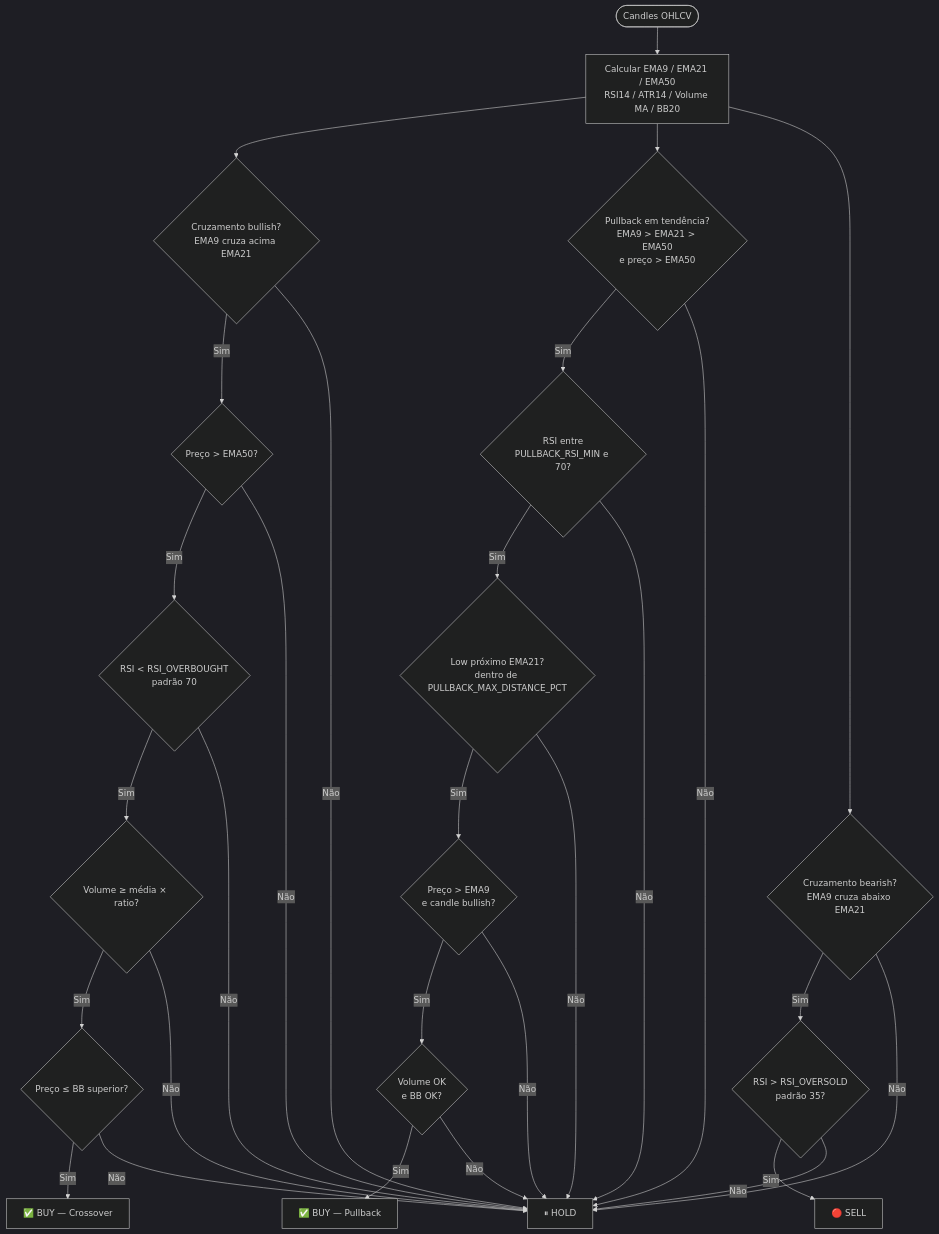
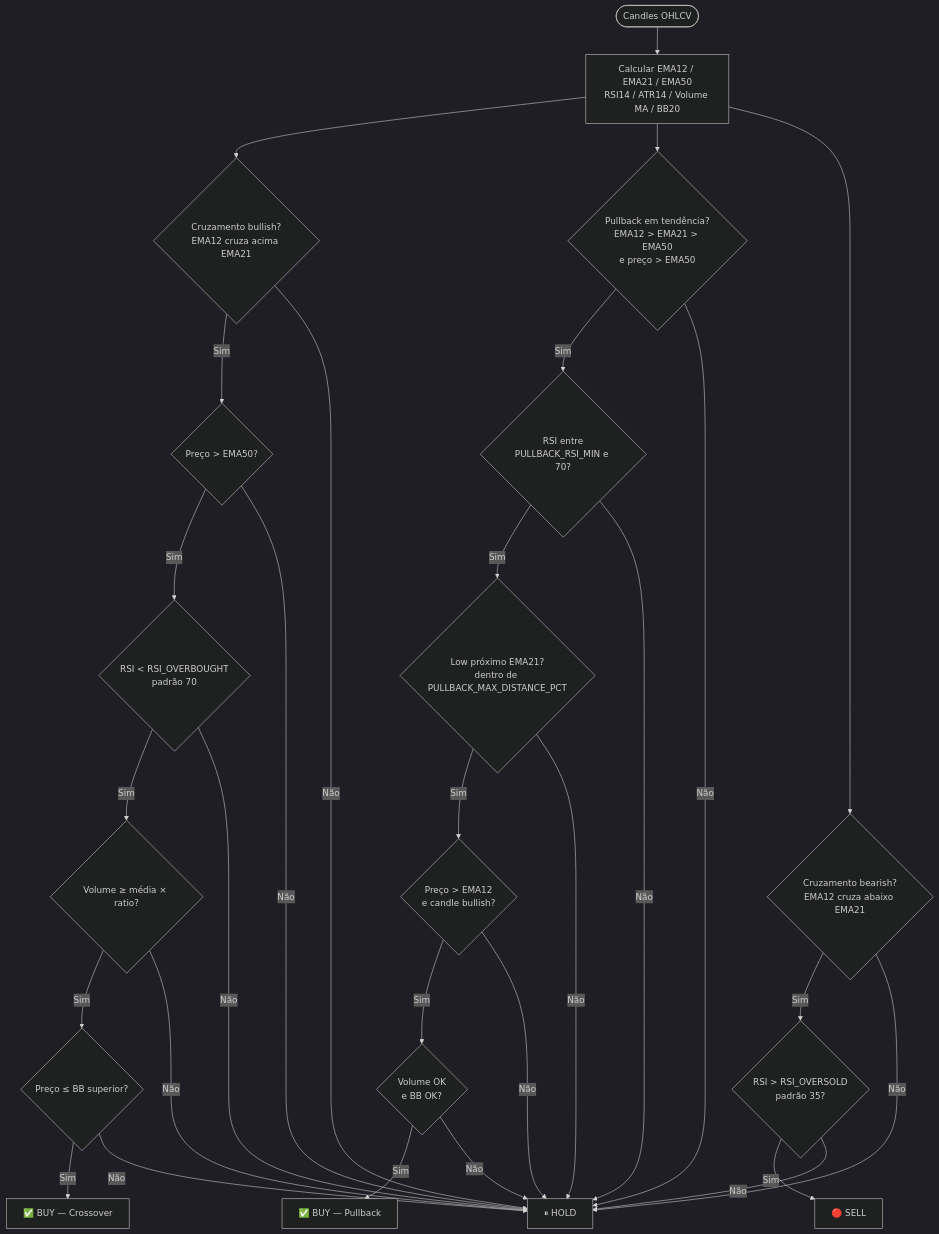
Before and after one commit to fisaarpelesjo/nautilus: the third of 4 diagrams in README.md, drawn with Mermaid (dark theme). The commit also changed other lines of this file and 2 other files, not shown here.

````diff
--- a/README.md
+++ b/README.md
@@ -107,35 +108,35 @@
 ```mermaid
 flowchart TD
-    A([Candles OHLCV]) --> B[Calcular EMA9 / EMA21 / EMA50\nRSI14 / ATR14 / Volume MA / BB20]
+    A([Candles OHLCV]) --> B[Calcular EMA12 / EMA21 / EMA50\nRSI14 / ATR14 / Volume MA / BB20]
 
-    B --> C{Cruzamento bullish?\nEMA9 cruza acima EMA21}
+    B --> C{Cruzamento bullish?\nEMA12 cruza acima EMA21}
     C -->|Sim| D{Preço > EMA50?}
     D -->|Sim| E{RSI < RSI_OVERBOUGHT\npadrão 70}
     E -->|Sim| F{Volume ≥ média × ratio?}
     F -->|Sim| G{Preço ≤ BB superior?}
     G -->|Sim| H[✅ BUY — Crossover]
 
-    B --> I{Pullback em tendência?\nEMA9 > EMA21 > EMA50\ne preço > EMA50}
+    B --> I{Pullback em tendência?\nEMA12 > EMA21 > EMA50\ne preço > EMA50}
     I -->|Sim| J{RSI entre\nPULLBACK_RSI_MIN e 70?}
     J -->|Sim| K{Low próximo EMA21?\ndentro de PULLBACK_MAX_DISTANCE_PCT}
-    K -->|Sim| L{Preço > EMA9\ne candle bullish?}
+    K -->|Sim| L{Preço > EMA12\ne candle bullish?}
     L -->|Sim| M{Volume OK\ne BB OK?}
     M -->|Sim| N[✅ BUY — Pullback]
 
-    B --> O{Cruzamento bearish?\nEMA9 cruza abaixo EMA21}
+    B --> O{Cruzamento bearish?\nEMA12 cruza abaixo EMA21}
     O -->|Sim| P{RSI > RSI_OVERSOLD\npadrão 35?}
     P -->|Sim| Q[🔴 SELL]
 
     D -->|Não| R[⏸ HOLD]
     E -->|Não| R
     F -->|Não| R
     G -->|Não| R
     I -->|Não| R
     J -->|Não| R
     K -->|Não| R
     L -->|Não| R
     M -->|Não| R
     P -->|Não| R
     O -->|Não| R
     C -->|Não| R
 ```
````
